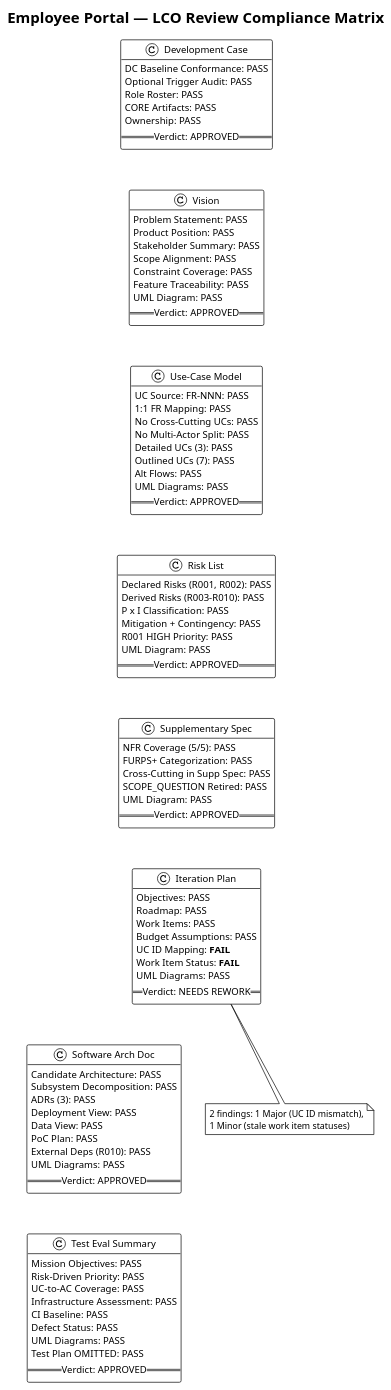
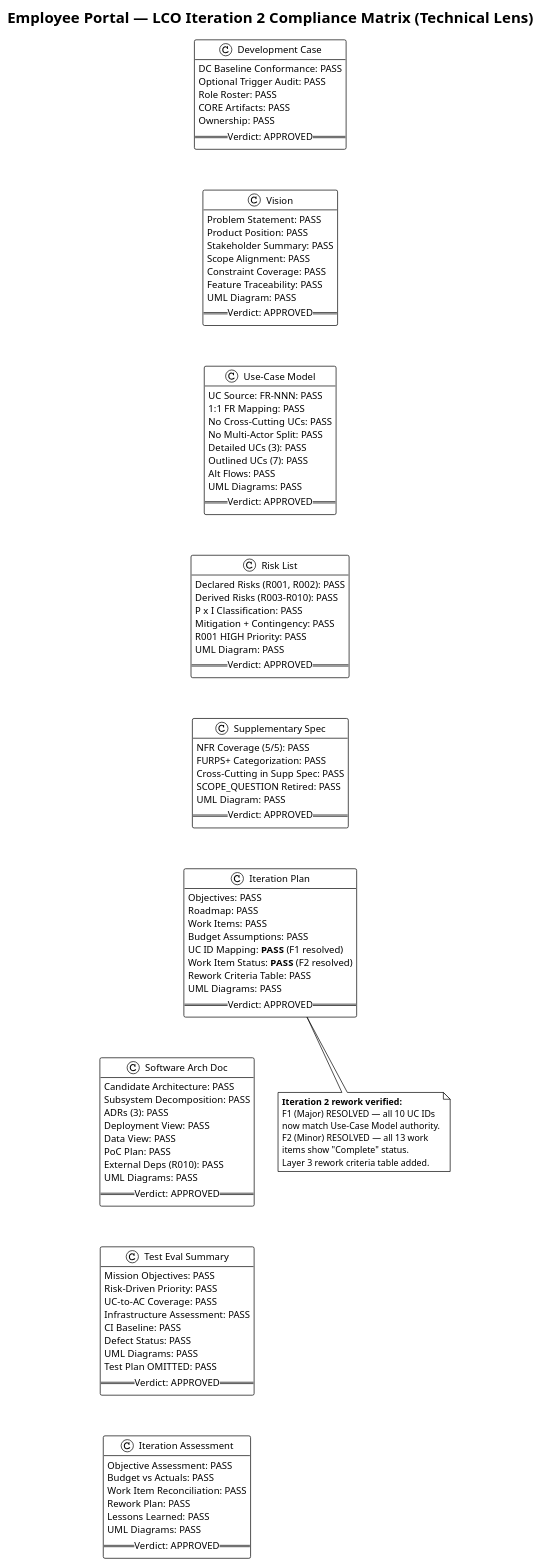
The first of 2 diagrams in docs/artifacts/project-management/review-record.md (banense-test/employee-portal), drawn with PlantUML before and after one commit. The commit also changed other lines of this file, not shown here.

First line of the commit message:
Reviewer [I2]: upsert Review Record

````diff
--- a/docs/artifacts/project-management/review-record.md
+++ b/docs/artifacts/project-management/review-record.md
@@ -487,7 +82,7 @@
 ```plantuml
 @startuml
 !theme plain
-title Employee Portal — LCO Review Compliance Matrix
+title Employee Portal — LCO Iteration 2 Compliance Matrix (Technical Lens)
 
 class "Development Case" as DC {
   DC Baseline Conformance: PASS
@@ -545,10 +140,11 @@
   Roadmap: PASS
   Work Items: PASS
   Budget Assumptions: PASS
-  UC ID Mapping: **FAIL**
-  Work Item Status: **FAIL**
+  UC ID Mapping: **PASS** (F1 resolved)
+  Work Item Status: **PASS** (F2 resolved)
+  Rework Criteria Table: PASS
   UML Diagrams: PASS
-  == Verdict: NEEDS REWORK ==
+  == Verdict: APPROVED ==
 }
 
 class "Software Arch Doc" as SAD {
@@ -575,6 +171,16 @@
   == Verdict: APPROVED ==
 }
 
+class "Iteration Assessment" as IA {
+  Objective Assessment: PASS
+  Budget vs Actuals: PASS
+  Work Item Reconciliation: PASS
+  Rework Plan: PASS
+  Lessons Learned: PASS
+  UML Diagrams: PASS
+  == Verdict: APPROVED ==
+}
+
 DC -[hidden]-> VIS
 VIS -[hidden]-> UCM
 UCM -[hidden]-> RSK
@@ -582,10 +188,15 @@
 SUP -[hidden]-> ITP
 ITP -[hidden]-> SAD
 SAD -[hidden]-> TES
+TES -[hidden]-> IA
 
 note bottom of ITP
-  2 findings: 1 Major (UC ID mismatch),
-  1 Minor (stale work item statuses)
+  **Iteration 2 rework verified:**
+  F1 (Major) RESOLVED — all 10 UC IDs
+  now match Use-Case Model authority.
+  F2 (Minor) RESOLVED — all 13 work
+  items show "Complete" status.
+  Layer 3 rework criteria table added.
 end note
 
 @enduml
````
